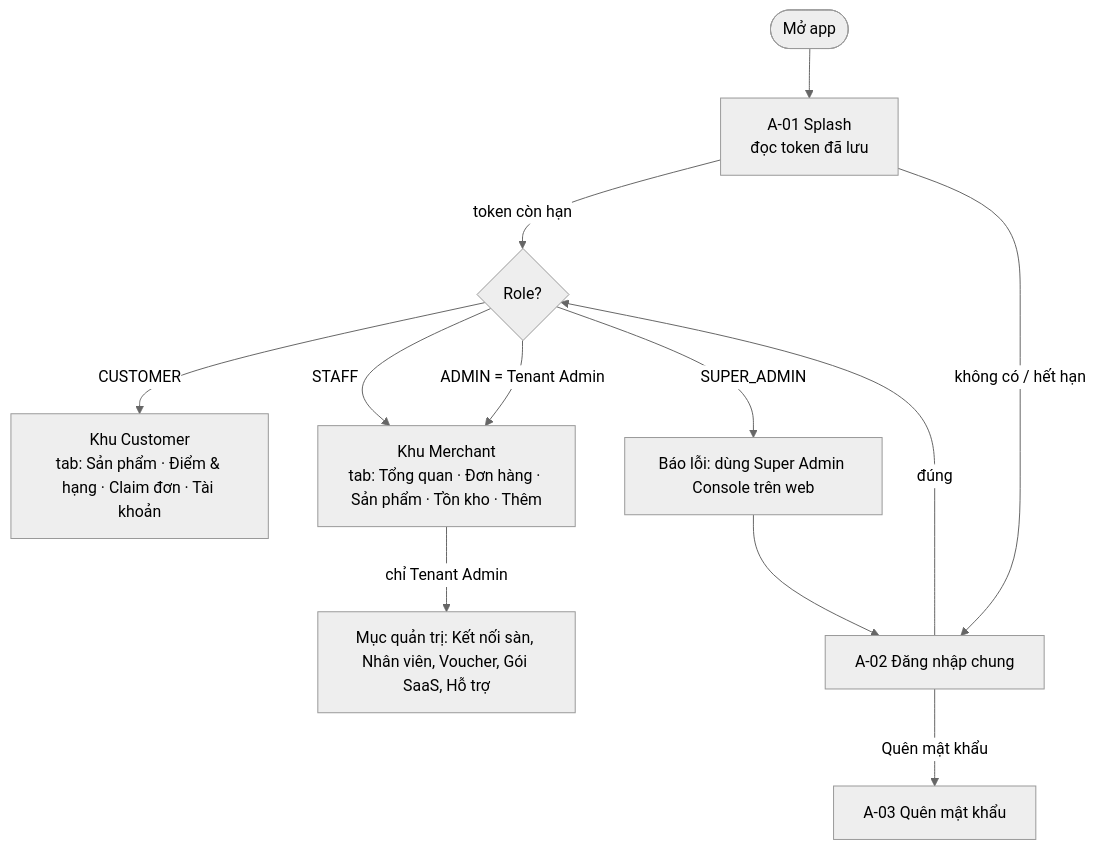
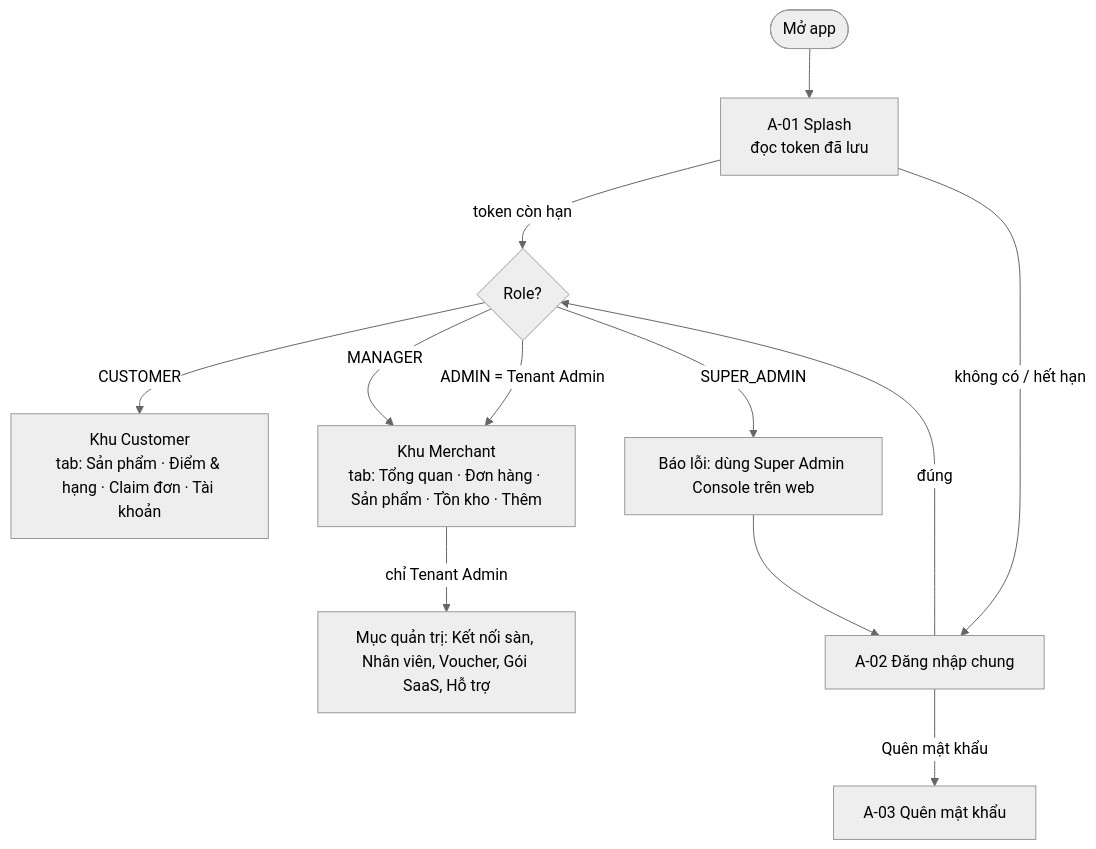
Before and after one commit to Smart-Omni/SmartOmni_Mobile: the first of 4 diagrams in docs/USER_FLOWS.md, drawn with Mermaid (neutral theme). The commit also changed other lines of this file and 39 other files, not shown here.

First line of the commit message:
fix: align app with BE e808fca (MANAGER role, Gold tier, real C-30 claim)

````diff
--- a/docs/USER_FLOWS.md
+++ b/docs/USER_FLOWS.md
@@ -8,14 +8,14 @@
 ```mermaid
 flowchart TD
     Open([Mở app]) --> Splash["A-01 Splash<br/>đọc token đã lưu"]
     Splash -->|token còn hạn| Role{Role?}
     Splash -->|không có / hết hạn| Login["A-02 Đăng nhập chung"]
     Login -->|đúng| Role
     Login -->|Quên mật khẩu| Forgot["A-03 Quên mật khẩu"]
     Role -->|CUSTOMER| CHome["Khu Customer<br/>tab: Sản phẩm · Điểm & hạng · Claim đơn · Tài khoản"]
-    Role -->|STAFF| MHome["Khu Merchant<br/>tab: Tổng quan · Đơn hàng · Sản phẩm · Tồn kho · Thêm"]
+    Role -->|MANAGER| MHome["Khu Merchant<br/>tab: Tổng quan · Đơn hàng · Sản phẩm · Tồn kho · Thêm"]
     Role -->|ADMIN = Tenant Admin| MHome
     Role -->|SUPER_ADMIN| Deny["Báo lỗi: dùng Super Admin Console trên web"]
     Deny --> Login
     MHome -->|chỉ Tenant Admin| Admin["Mục quản trị: Kết nối sàn, Nhân viên, Voucher, Gói SaaS, Hỗ trợ"]
 ```
````
